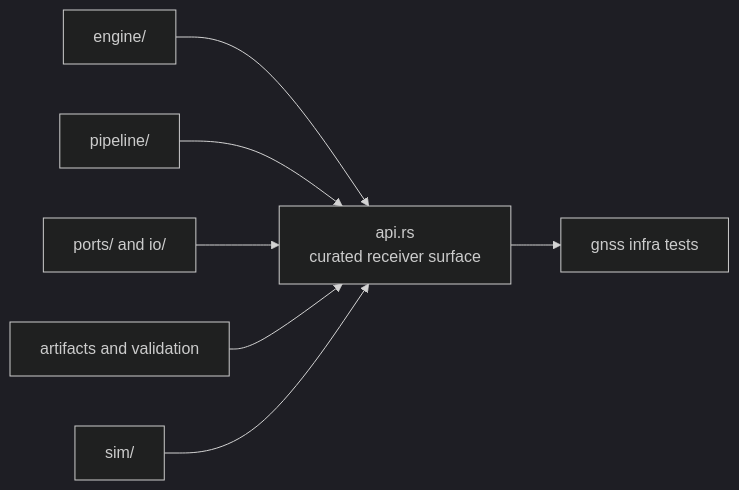
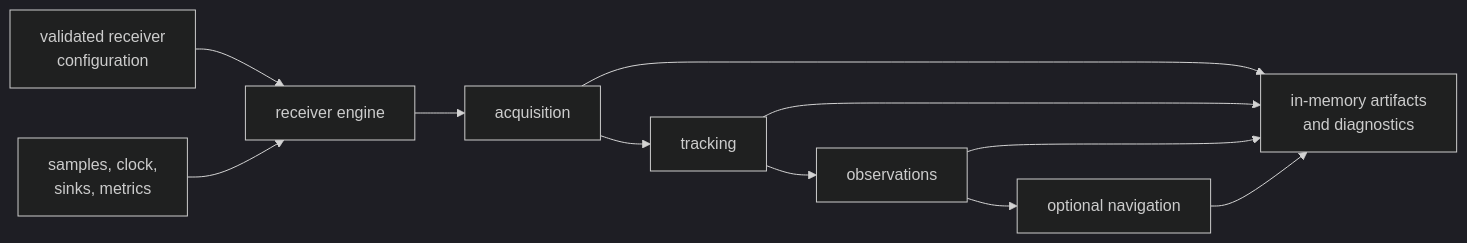
Before and after one commit to bijux/bijux-telecom: the first of 2 diagrams in docs/05-bijux-gnss-receiver/architecture/index.md, drawn with Mermaid (dark theme). The commit also changed other lines of this file and 1 other file, not shown here.

Commit message:
docs(receiver): separate runtime structure from caller contracts

````diff
--- a/docs/05-bijux-gnss-receiver/architecture/index.md
+++ b/docs/05-bijux-gnss-receiver/architecture/index.md
@@ -18,17 +19,19 @@
 ```mermaid
 flowchart LR
-    api["api.rs<br/>curated receiver surface"]
-    engine["engine/"]
-    pipeline["pipeline/"]
-    ports["ports/ and io/"]
-    artifacts["artifacts and validation"]
-    sim["sim/"]
-    callers["gnss infra tests"]
+    config["validated receiver<br/>configuration"]
+    ports["samples, clock,<br/>sinks, metrics"]
+    engine["receiver engine"]
+    acquisition["acquisition"]
+    tracking["tracking"]
+    observations["observations"]
+    navigation["optional navigation"]
+    artifacts["in-memory artifacts<br/>and diagnostics"]
 
-    engine --> api
-    pipeline --> api
-    ports --> api
-    artifacts --> api
-    sim --> api
-    api --> callers
+    config --> engine
+    ports --> engine
+    engine --> acquisition --> tracking --> observations --> navigation
+    acquisition --> artifacts
+    tracking --> artifacts
+    observations --> artifacts
+    navigation --> artifacts
 ```
````
